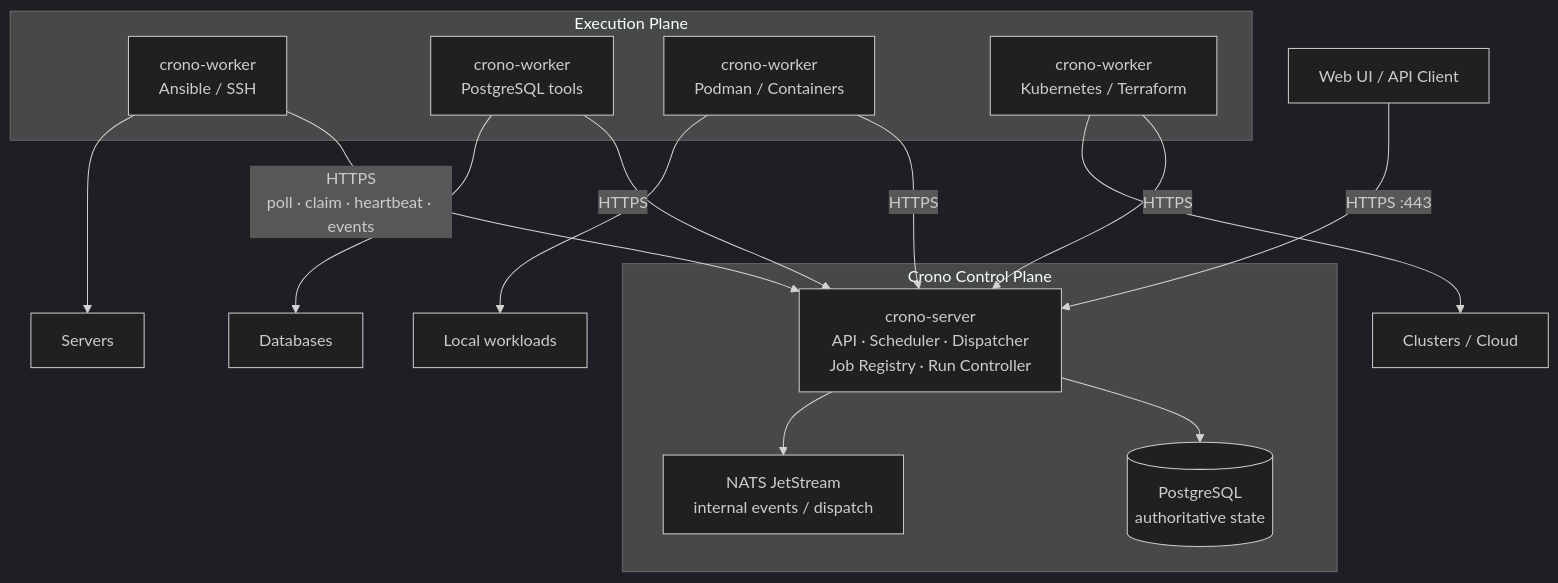
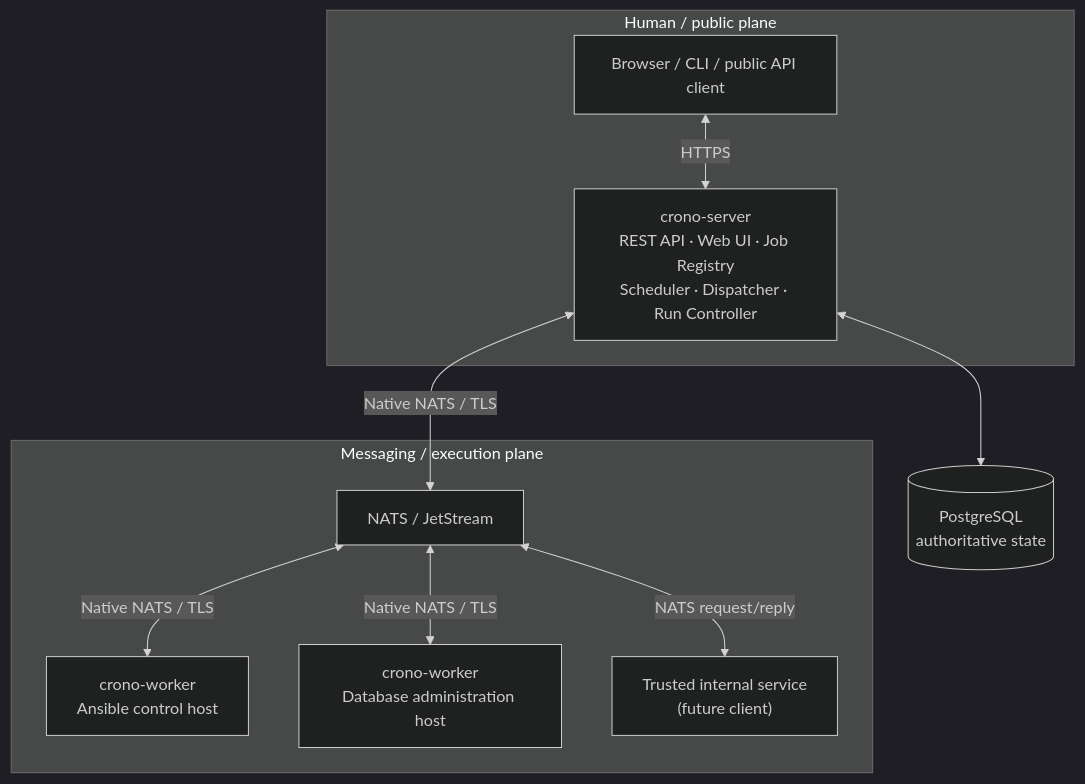
The diagram in README.md (crono-io/crono), drawn with Mermaid (dark theme) before and after one commit. The commit also changed other lines of this file, not shown here.

Commit message:
docs: refine messaging and execution architecture

````diff
--- a/README.md
+++ b/README.md
@@ -34,32 +23,23 @@
 ```mermaid
 flowchart TB
-    User["Web UI / API Client"]
-
-    subgraph ControlPlane["Crono Control Plane"]
-        Server["crono-server<br/>API · Scheduler · Dispatcher<br/>Job Registry · Run Controller"]
-        PG[("PostgreSQL<br/>authoritative state")]
-        NATS["NATS JetStream<br/>internal events / dispatch"]
-
-        Server --> PG
-        Server --> NATS
+    subgraph Public["Human / public plane"]
+        Client["Browser / CLI / public API client"]
+        Server["crono-server<br/>REST API · Web UI · Job Registry<br/>Scheduler · Dispatcher · Run Controller"]
+        Client <-->|HTTPS| Server
     end
 
-    User -->|"HTTPS :443"| Server
+    PG[("PostgreSQL<br/>authoritative state")]
+    Server <--> PG
 
-    subgraph ExecutionPlane["Execution Plane"]
-        W1["crono-worker<br/>Ansible / SSH"]
-        W2["crono-worker<br/>PostgreSQL tools"]
-        W3["crono-worker<br/>Podman / Containers"]
-        W4["crono-worker<br/>Kubernetes / Terraform"]
+    subgraph Messaging["Messaging / execution plane"]
+        NATS["NATS / JetStream"]
+        W1["crono-worker<br/>Ansible control host"]
+        W2["crono-worker<br/>Database administration host"]
+        Trusted["Trusted internal service<br/>(future client)"]
+        NATS <-->|"Native NATS / TLS"| W1
+        NATS <-->|"Native NATS / TLS"| W2
+        NATS <-->|"NATS request/reply"| Trusted
     end
 
-    W1 -->|"HTTPS<br/>poll · claim · heartbeat · events"| Server
-    W2 -->|"HTTPS"| Server
-    W3 -->|"HTTPS"| Server
-    W4 -->|"HTTPS"| Server
-
-    W1 --> A["Servers"]
-    W2 --> B["Databases"]
-    W3 --> C["Local workloads"]
-    W4 --> D["Clusters / Cloud"]
+    Server <-->|"Native NATS / TLS"| NATS
 ```
````
